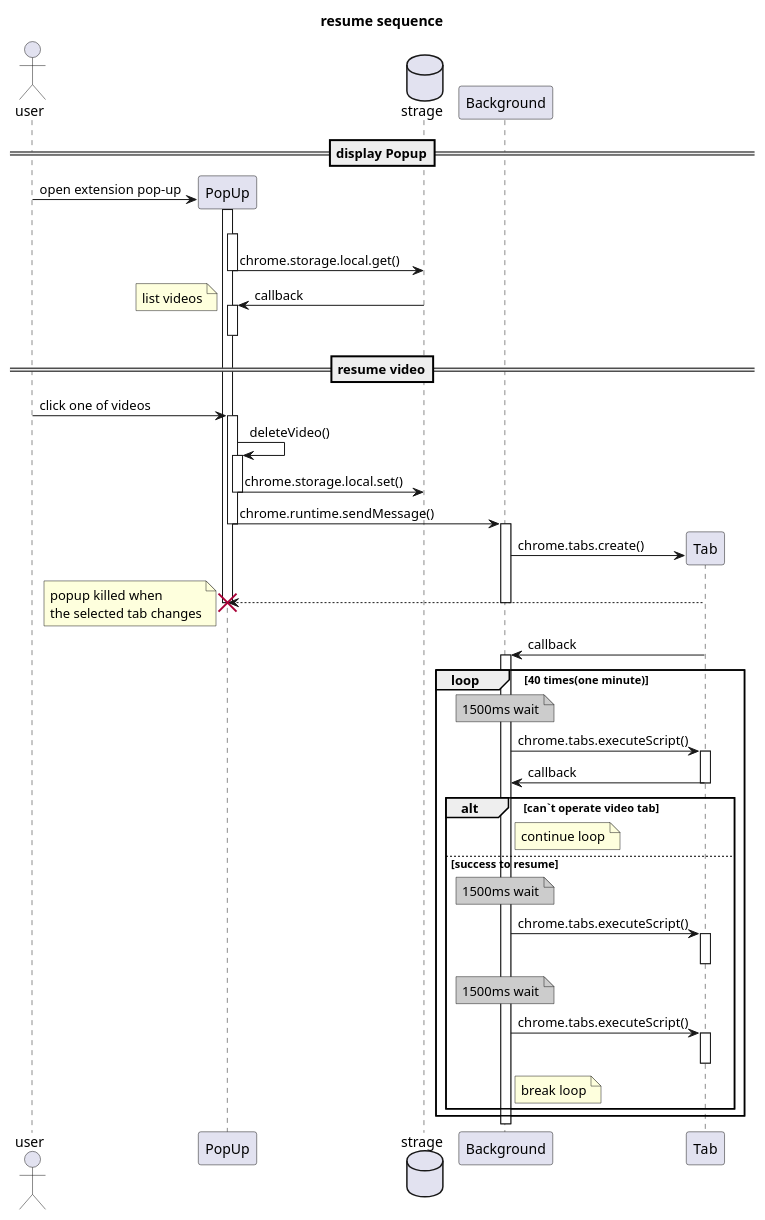
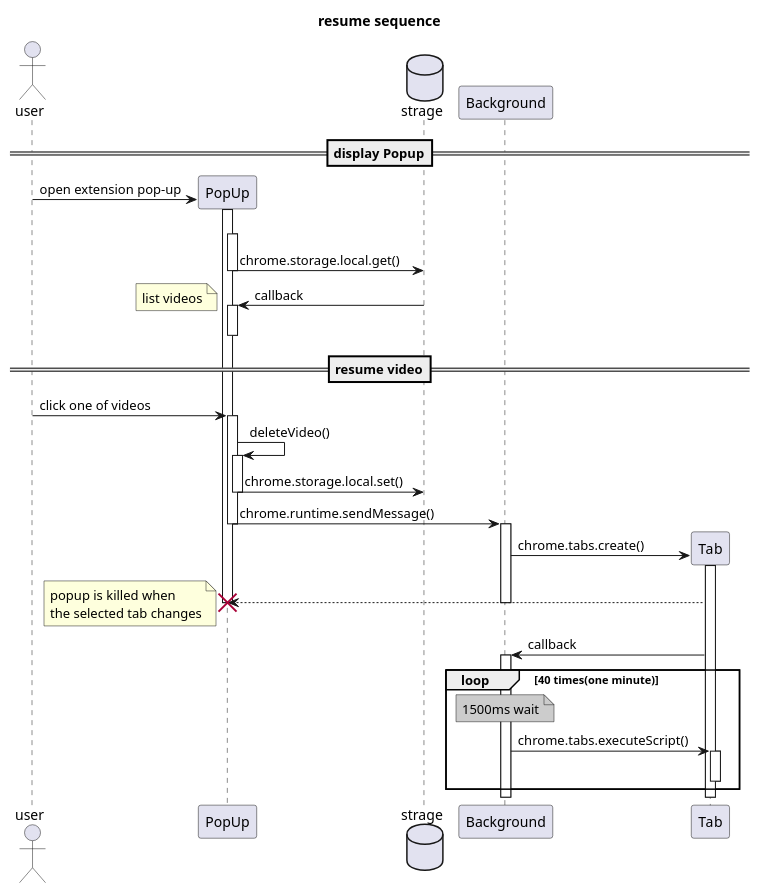
The diagram in document/resume_seq.pu (arakaki-tokyo/resume_video), drawn with PlantUML before and after one commit. The commit also changed 1 other file, not shown here.

Commit message:
Don't exit recursive resume proc on the way

```diff
--- a/document/resume_seq.pu
+++ b/document/resume_seq.pu
@@ -1,69 +1,53 @@
 @startuml
 title resume sequence
 actor user as u
 database strage as s order 15
 participant PopUp as p order 0
 participant Tab as c order 35
 participant Background as b order 25
 
 ==display Popup==
 u -> p**: open extension pop-up
 activate p
 p -[#transparent]->p:
 activate p
 p -> s: chrome.storage.local.get()
 deactivate p
 p <- s: callback
 note left: list videos
 activate p
 deactivate p
 
 
 ==resume video==
 u -> p: click one of videos
 activate p
 p -> p: deleteVideo()
 activate p
 p -> s: chrome.storage.local.set()
 deactivate p
 p -> b: chrome.runtime.sendMessage()
 deactivate p
 activate b
 
 b -> c**: chrome.tabs.create()
+activate c
 c --> p: 
 note left
- popup killed when 
+ popup is killed when 
  the selected tab changes
  end note
 destroy p
 deactivate b
 
 b <- c: callback
 activate b
 loop 40 times(one minute)
     note over b #ccc: 1500ms wait
     
     b -> c: chrome.tabs.executeScript()
     activate c
-    b <- c: callback
     deactivate c
-
-    alt can`t operate video tab
-        note right of b: continue loop
-
-    else success to resume
-    note over b #ccc: 1500ms wait
-        b -> c: chrome.tabs.executeScript()
-        activate c
-        deactivate c
-    note over b #ccc: 1500ms wait
-        b -> c: chrome.tabs.executeScript()
-        activate c
-        deactivate c
-        note right of b: break loop
-        
-    end
 end
 
 @enduml
```
